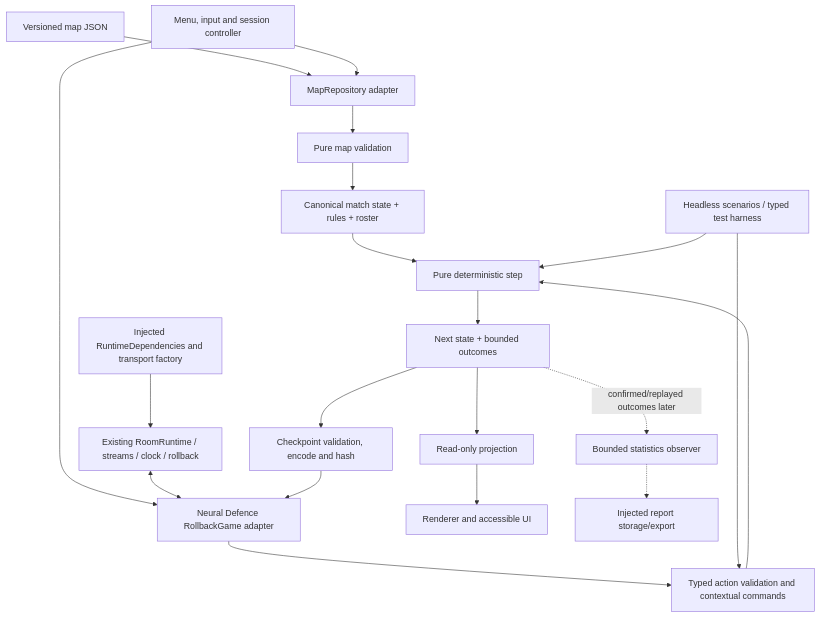
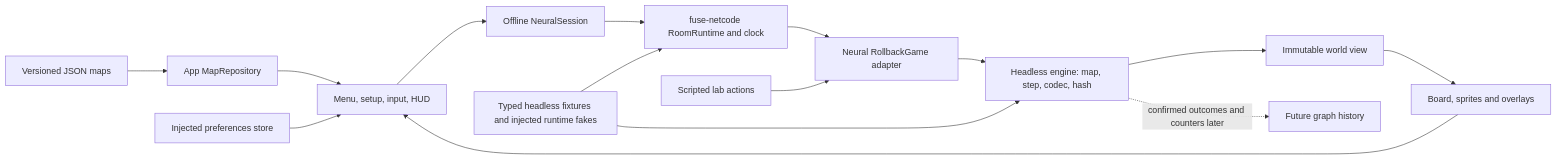
The diagram in docs/neural-defence/ARCHITECTURE.md (andeplane/fuse-riders), drawn with Mermaid before and after one commit. The commit also changed other lines of this file and 15 other files, not shown here.

Commit message:
docs(neural-defence): align Phase 0 contracts and record integration evidence

````diff
--- a/docs/neural-defence/ARCHITECTURE.md
+++ b/docs/neural-defence/ARCHITECTURE.md
@@ -26,22 +5,17 @@
 ```mermaid
-flowchart TD
-  JSON["Versioned map JSON"] --> MAP["MapRepository adapter"]
-  MAP --> VALID["Pure map validation"]
-  UI["Menu, input and session controller"] --> MAP
-  UI --> ADAPTER["Neural Defence RollbackGame adapter"]
-  RUNTIME["Existing RoomRuntime / streams / clock / rollback"] <--> ADAPTER
-  DEPS["Injected RuntimeDependencies and transport factory"] --> RUNTIME
-  VALID --> STATE["Canonical match state + rules + roster"]
-  ADAPTER --> ACTION["Typed action validation and contextual commands"]
-  ACTION --> STEP["Pure deterministic step"]
-  STATE --> STEP
-  STEP --> NEXT["Next state + bounded outcomes"]
-  NEXT --> CODEC["Checkpoint validation, encode and hash"]
-  CODEC --> ADAPTER
-  NEXT --> VIEW["Read-only projection"]
-  VIEW --> RENDER["Renderer and accessible UI"]
-  NEXT -. "confirmed/replayed outcomes later" .-> STATS["Bounded statistics observer"]
-  STATS -.-> SINK["Injected report storage/export"]
-  HEADLESS["Headless scenarios / typed test harness"] --> ACTION
-  HEADLESS --> STEP
+flowchart LR
+  MAP["Versioned JSON maps"] --> REPO["App MapRepository"]
+  REPO --> APP["Menu, setup, input, HUD"]
+  PREF["Injected preferences store"] --> APP
+  APP --> SESSION["Offline NeuralSession"]
+  SESSION --> RUNTIME["fuse-netcode RoomRuntime and clock"]
+  RUNTIME --> ADAPTER["Neural RollbackGame adapter"]
+  ADAPTER --> ENGINE["Headless engine: map, step, codec, hash"]
+  LAB["Scripted lab actions"] --> ADAPTER
+  ENGINE --> VIEW["Immutable world view"]
+  VIEW --> RENDER["Board, sprites and overlays"]
+  RENDER --> APP
+  TEST["Typed headless fixtures and injected runtime fakes"] --> ENGINE
+  TEST --> RUNTIME
+  ENGINE -. "confirmed outcomes and counters later" .-> STATS["Future graph history"]
 ```
````
